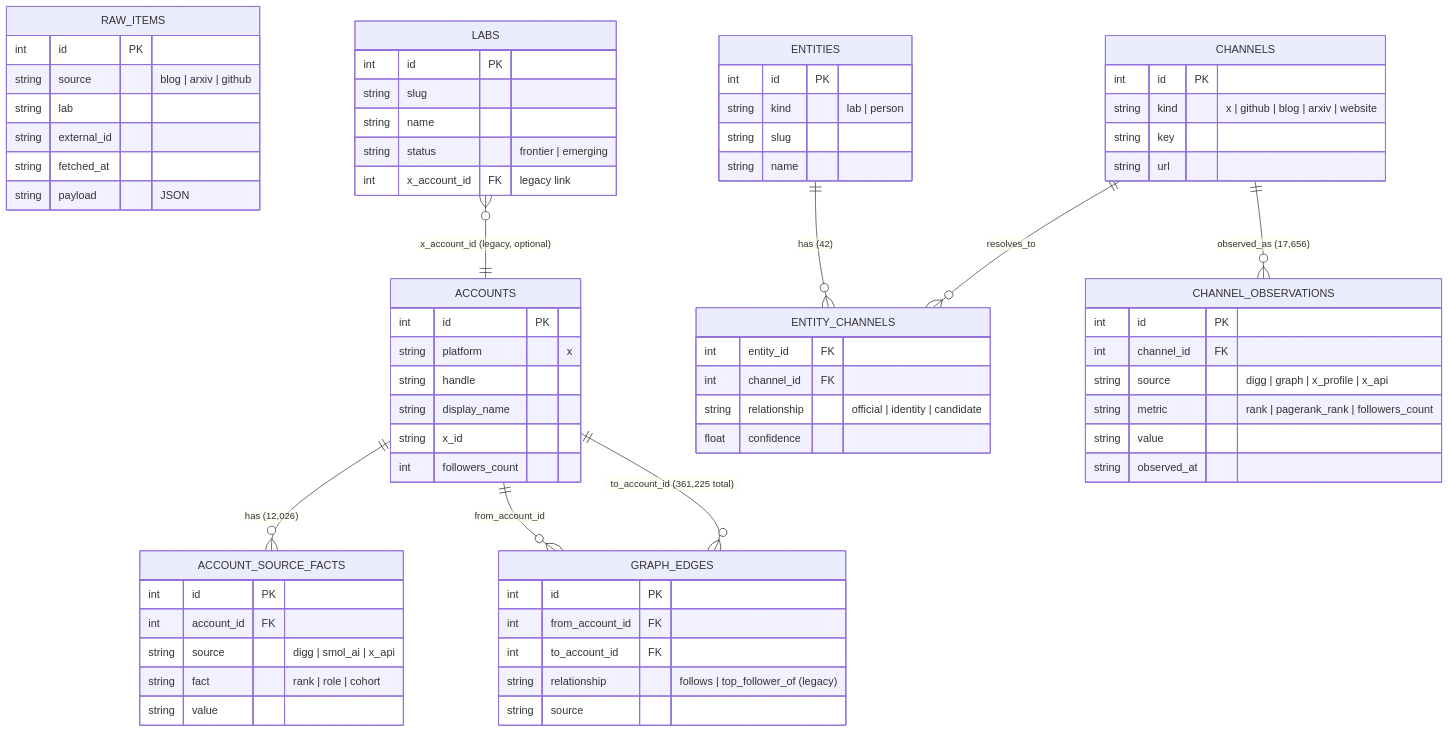
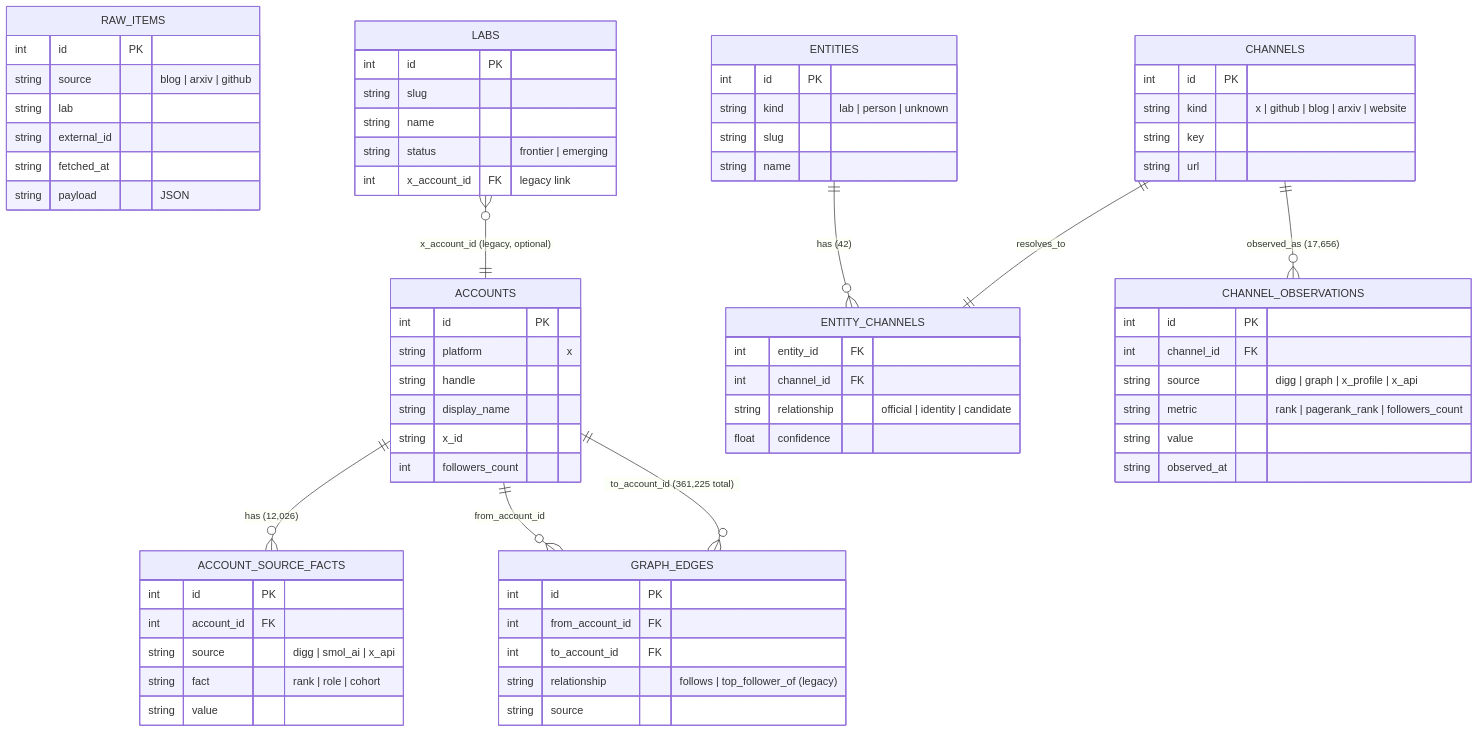
One commit to AdithyanI/frontier-lab-intelligence changed the third of 5 diagrams in docs/architecture/overview.md. Above: the diagram before and after it, drawn with Mermaid. The commit also changed other lines of this file and 23 other files, not shown here.

````diff
--- a/docs/architecture/overview.md
+++ b/docs/architecture/overview.md
@@ -162,74 +162,74 @@
 ```mermaid
 erDiagram
     RAW_ITEMS {
         int id PK
         string source "blog | arxiv | github"
         string lab
         string external_id
         string fetched_at
         string payload "JSON"
     }
     ACCOUNTS {
         int id PK
         string platform "x"
         string handle
         string display_name
         string x_id
         int followers_count
     }
     ACCOUNT_SOURCE_FACTS {
         int id PK
         int account_id FK
         string source "digg | smol_ai | x_api"
         string fact "rank | role | cohort"
         string value
     }
     GRAPH_EDGES {
         int id PK
         int from_account_id FK
         int to_account_id FK
         string relationship "follows | top_follower_of (legacy)"
         string source
     }
     LABS {
         int id PK
         string slug
         string name
         string status "frontier | emerging"
         int x_account_id FK "legacy link"
     }
     ENTITIES {
         int id PK
-        string kind "lab | person"
+        string kind "lab | person | unknown"
         string slug
         string name
     }
     CHANNELS {
         int id PK
         string kind "x | github | blog | arxiv | website"
         string key
         string url
     }
     ENTITY_CHANNELS {
         int entity_id FK
         int channel_id FK
         string relationship "official | identity | candidate"
         float confidence
     }
     CHANNEL_OBSERVATIONS {
         int id PK
         int channel_id FK
         string source "digg | graph | x_profile | x_api"
         string metric "rank | pagerank_rank | followers_count"
         string value
         string observed_at
     }
 
     ACCOUNTS ||--o{ ACCOUNT_SOURCE_FACTS : "has (12,026)"
     ACCOUNTS ||--o{ GRAPH_EDGES : "from_account_id"
     ACCOUNTS ||--o{ GRAPH_EDGES : "to_account_id (361,225 total)"
     LABS }o--|| ACCOUNTS : "x_account_id (legacy, optional)"
     ENTITIES ||--o{ ENTITY_CHANNELS : "has (42)"
-    CHANNELS ||--o{ ENTITY_CHANNELS : resolves_to
+    CHANNELS ||--|| ENTITY_CHANNELS : resolves_to
     CHANNELS ||--o{ CHANNEL_OBSERVATIONS : "observed_as (17,656)"
 ```
````
